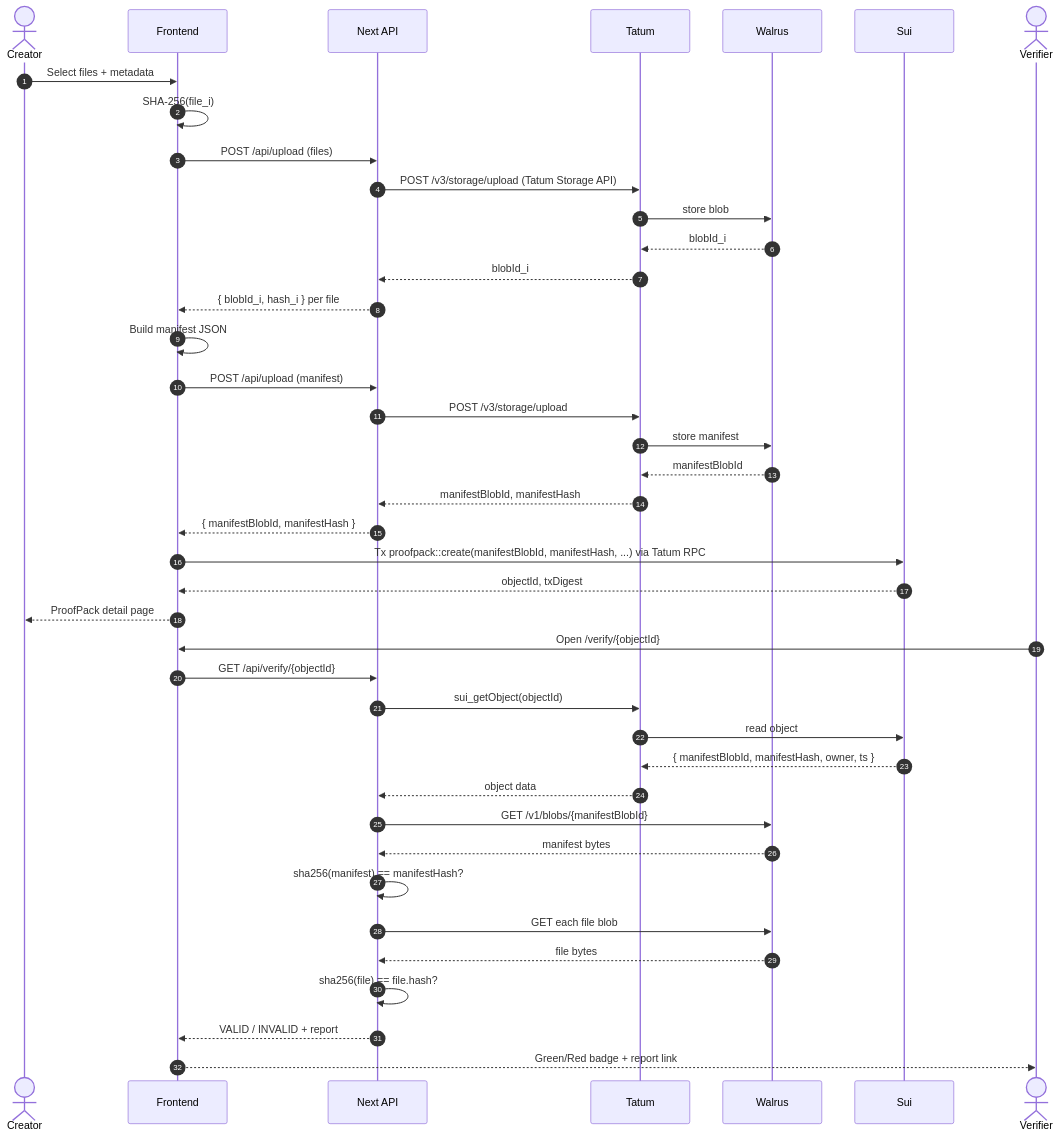
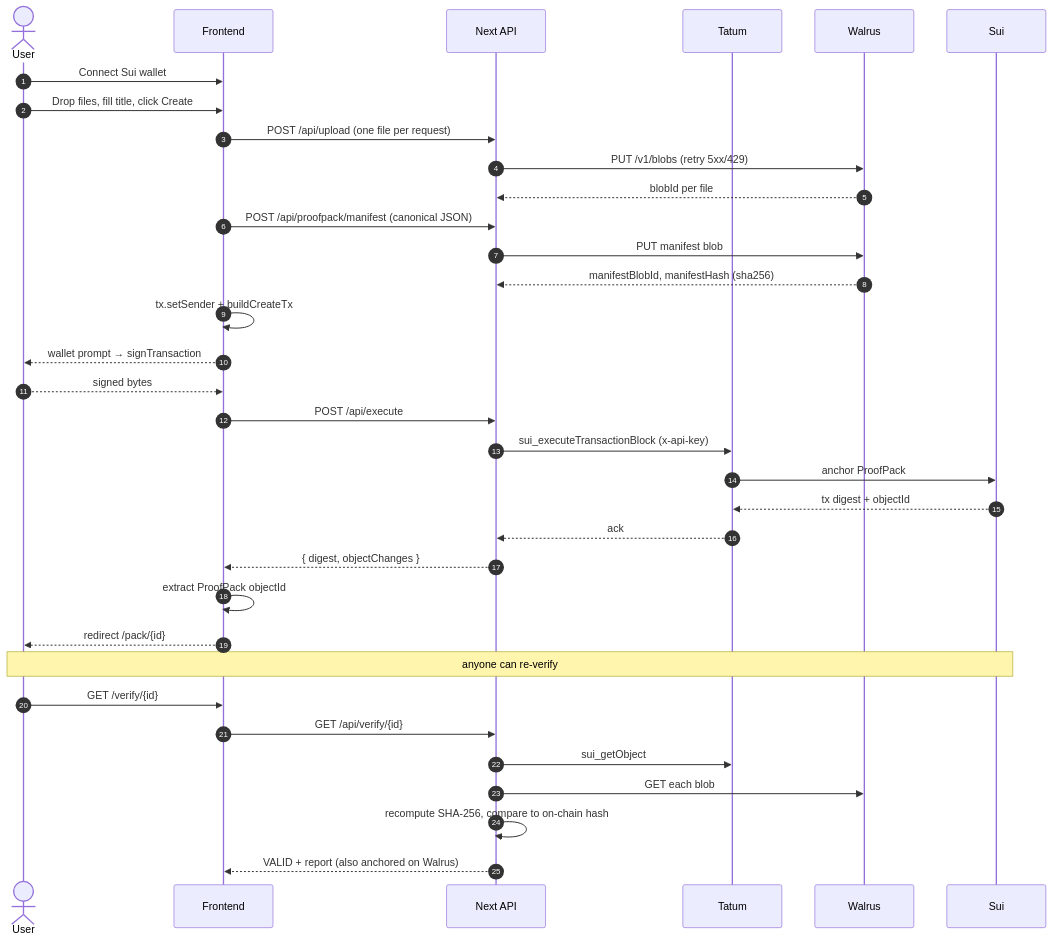
Before and after one commit to EzraNahumury/tatum-walrus: the second of 2 diagrams in README.md, drawn with Mermaid. The commit also changed other lines of this file, not shown here.

````diff
--- a/README.md
+++ b/README.md
@@ -214,45 +181,38 @@
 ```mermaid
 sequenceDiagram
     autonumber
-    actor Creator
+    actor User
     participant FE as Frontend
     participant API as Next API
-    participant T as Tatum
+    participant Tatum
     participant W as Walrus
-    participant S as Sui
-    actor Verifier
+    participant Sui
 
-    Creator->>FE: Select files + metadata
-    FE->>FE: SHA-256(file_i)
-    FE->>API: POST /api/upload (files)
-    API->>T: POST /v3/storage/upload (Tatum Storage API)
-    T->>W: store blob
-    W-->>T: blobId_i
-    T-->>API: blobId_i
-    API-->>FE: { blobId_i, hash_i } per file
-    FE->>FE: Build manifest JSON
-    FE->>API: POST /api/upload (manifest)
-    API->>T: POST /v3/storage/upload
-    T->>W: store manifest
-    W-->>T: manifestBlobId
-    T-->>API: manifestBlobId, manifestHash
-    API-->>FE: { manifestBlobId, manifestHash }
-    FE->>S: Tx proofpack::create(manifestBlobId, manifestHash, ...) via Tatum RPC
-    S-->>FE: objectId, txDigest
-    FE-->>Creator: ProofPack detail page
+    User->>FE: Connect Sui wallet
+    User->>FE: Drop files, fill title, click Create
+    FE->>API: POST /api/upload (one file per request)
+    API->>W: PUT /v1/blobs (retry 5xx/429)
+    W-->>API: blobId per file
+    FE->>API: POST /api/proofpack/manifest (canonical JSON)
+    API->>W: PUT manifest blob
+    W-->>API: manifestBlobId, manifestHash (sha256)
+    FE->>FE: tx.setSender + buildCreateTx
+    FE-->>User: wallet prompt → signTransaction
+    User-->>FE: signed bytes
+    FE->>API: POST /api/execute
+    API->>Tatum: sui_executeTransactionBlock (x-api-key)
+    Tatum->>Sui: anchor ProofPack
+    Sui-->>Tatum: tx digest + objectId
+    Tatum-->>API: ack
+    API-->>FE: { digest, objectChanges }
+    FE->>FE: extract ProofPack objectId
+    FE-->>User: redirect /pack/{id}
 
-    Verifier->>FE: Open /verify/{objectId}
-    FE->>API: GET /api/verify/{objectId}
-    API->>T: sui_getObject(objectId)
-    T->>S: read object
-    S-->>T: { manifestBlobId, manifestHash, owner, ts }
-    T-->>API: object data
-    API->>W: GET /v1/blobs/{manifestBlobId}
-    W-->>API: manifest bytes
-    API->>API: sha256(manifest) == manifestHash?
-    API->>W: GET each file blob
-    W-->>API: file bytes
-    API->>API: sha256(file) == file.hash?
-    API-->>FE: VALID / INVALID + report
-    FE-->>Verifier: Green/Red badge + report link
+    Note over User,Sui: anyone can re-verify
+    User->>FE: GET /verify/{id}
+    FE->>API: GET /api/verify/{id}
+    API->>Tatum: sui_getObject
+    API->>W: GET each blob
+    API->>API: recompute SHA-256, compare to on-chain hash
+    API-->>FE: VALID + report (also anchored on Walrus)
 ```
````
